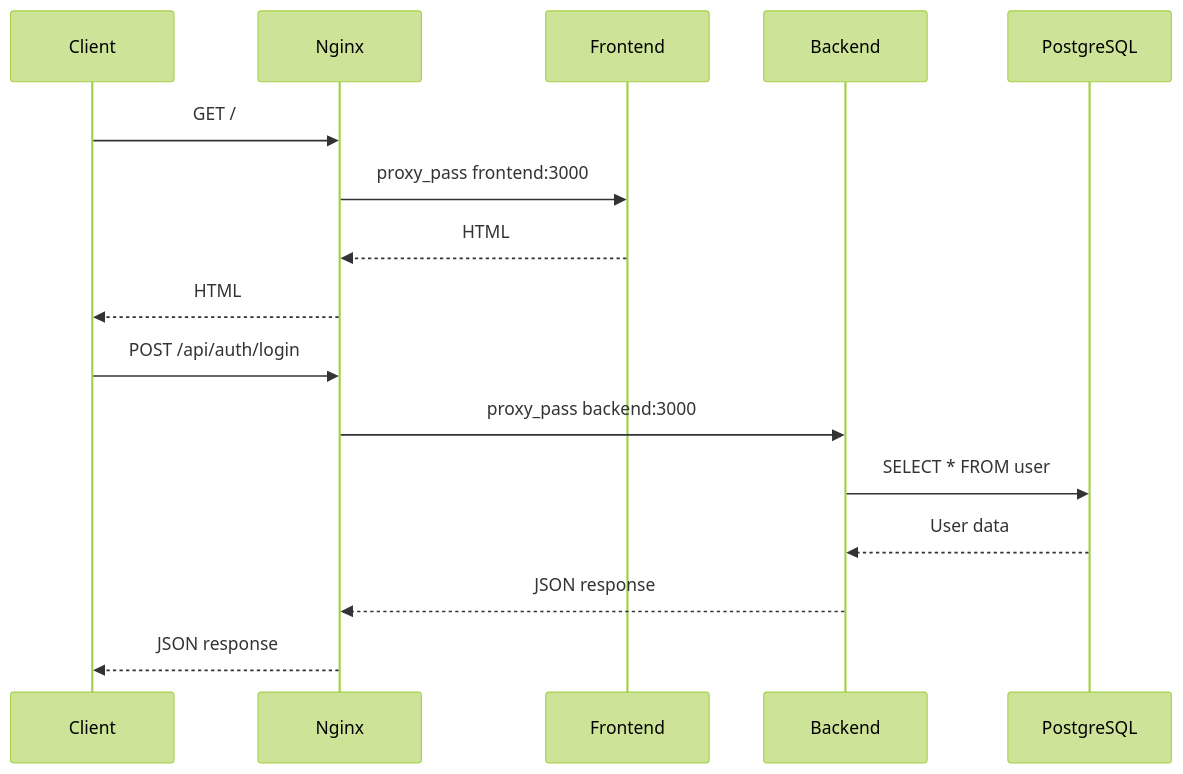
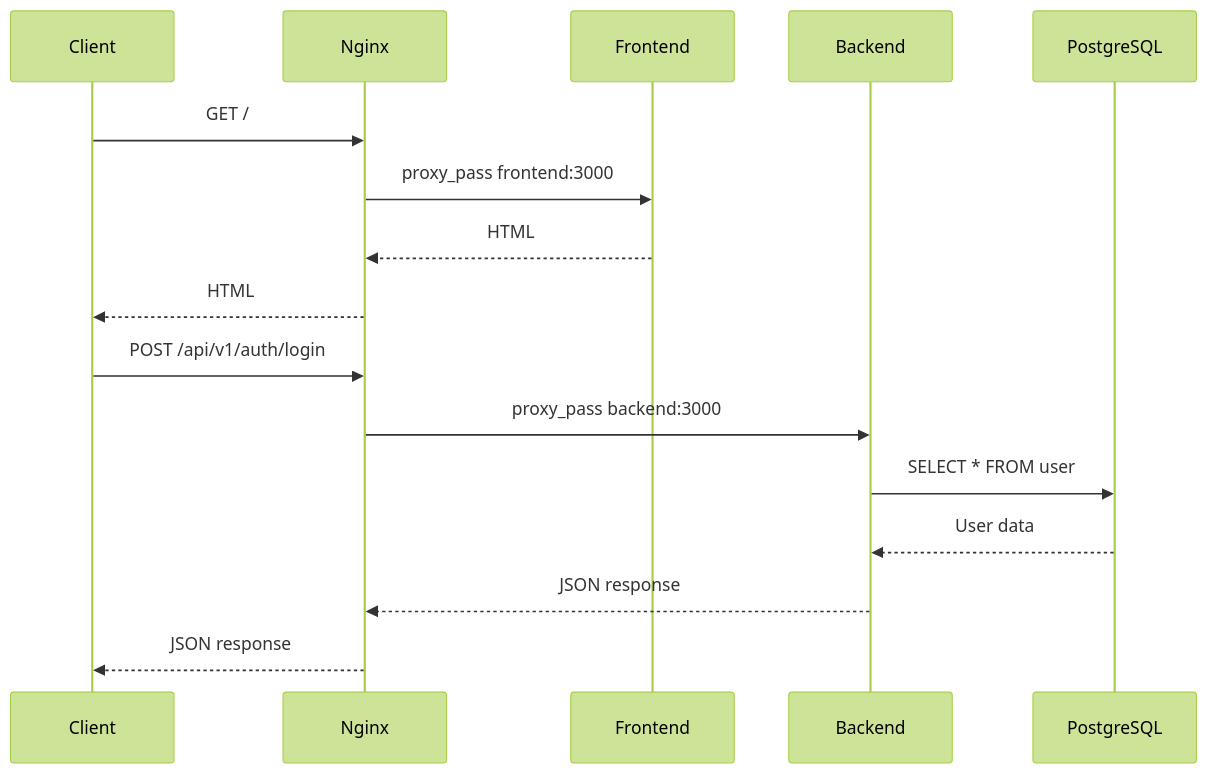
One commit to Sojeremy/documentation-skillswap changed the second of 2 diagrams in docs/documentation-implementation/infrastructure/networks.md. Above: the diagram before and after it, drawn with Mermaid (forest theme). The commit also changed 5 other files, not shown here.

First line of the commit message:
docs(arc42): aligner les Mermaid sur le préfixe /api/v1/ et le chemin /profiles (axe 3 / commit 1)

````diff
--- a/docs/documentation-implementation/infrastructure/networks.md
+++ b/docs/documentation-implementation/infrastructure/networks.md
@@ -77,20 +77,20 @@
 ```mermaid
 sequenceDiagram
     participant C as Client
     participant N as Nginx
     participant F as Frontend
     participant B as Backend
     participant P as PostgreSQL
 
     C->>N: GET /
     N->>F: proxy_pass frontend:3000
     F-->>N: HTML
     N-->>C: HTML
 
-    C->>N: POST /api/auth/login
+    C->>N: POST /api/v1/auth/login
     N->>B: proxy_pass backend:3000
     B->>P: SELECT * FROM user
     P-->>B: User data
     B-->>N: JSON response
     N-->>C: JSON response
 ```
````
